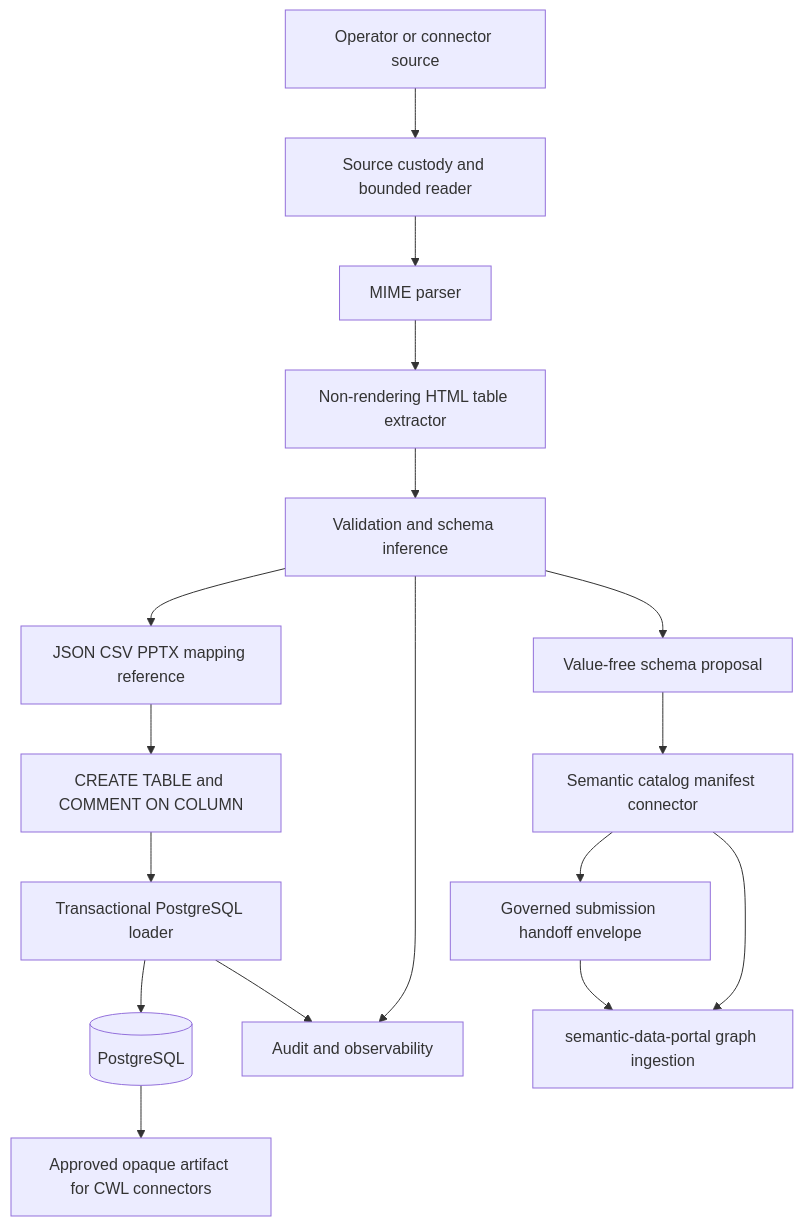
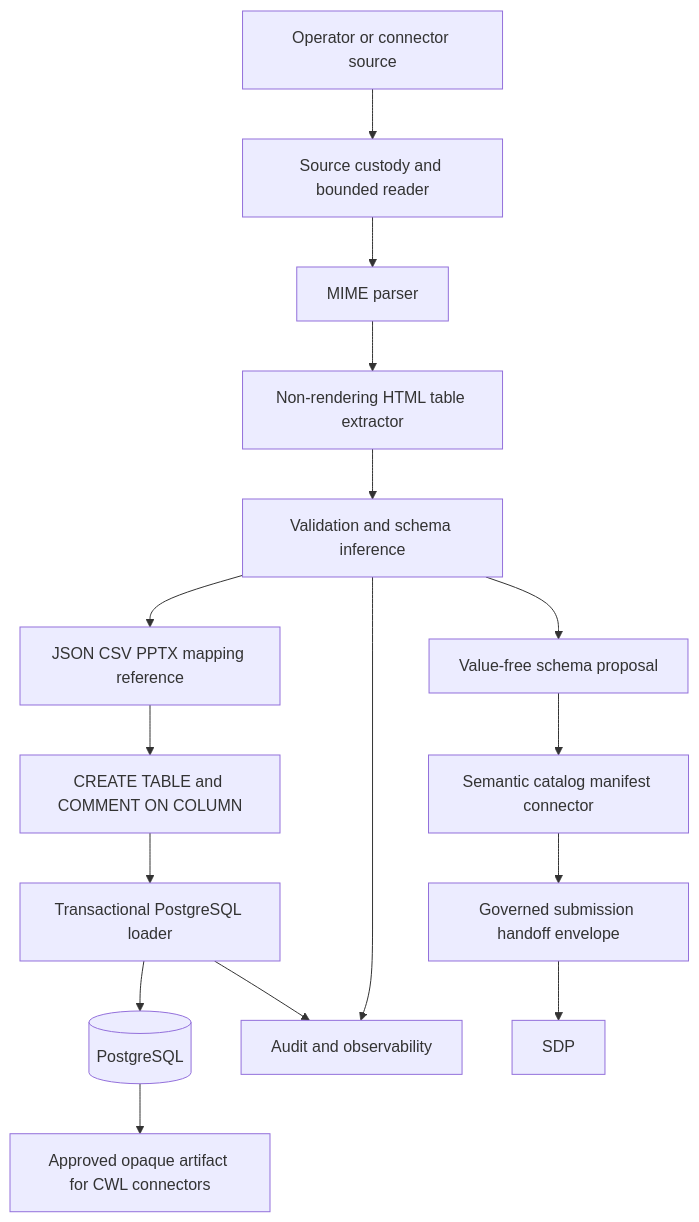
Before and after one commit to ContextualWisdomLab/mhtml-etl-gateway: the first of 3 diagrams in docs/ARCHITECTURE.md, drawn with Mermaid. The commit also changed other lines of this file and 12 other files, not shown here.

````diff
--- a/docs/ARCHITECTURE.md
+++ b/docs/ARCHITECTURE.md
@@ -9,19 +9,18 @@
 ```mermaid
 flowchart TB
     A["Operator or connector source"] --> C["Source custody and bounded reader"]
     C --> M["MIME parser"]
     M --> H["Non-rendering HTML table extractor"]
     H --> V["Validation and schema inference"]
     V --> R["JSON CSV PPTX mapping reference"]
     R --> D["CREATE TABLE and COMMENT ON COLUMN"]
     V --> SP["Value-free schema proposal"]
     SP --> SC["Semantic catalog manifest connector"]
     SC --> SH["Governed submission handoff envelope"]
     D --> L["Transactional PostgreSQL loader"]
     L --> P[("PostgreSQL")]
     V --> O["Audit and observability"]
     L --> O
-    SC --> SDP["semantic-data-portal graph ingestion"]
     SH --> SDP
     P --> N["Approved opaque artifact for CWL connectors"]
 ```
````
